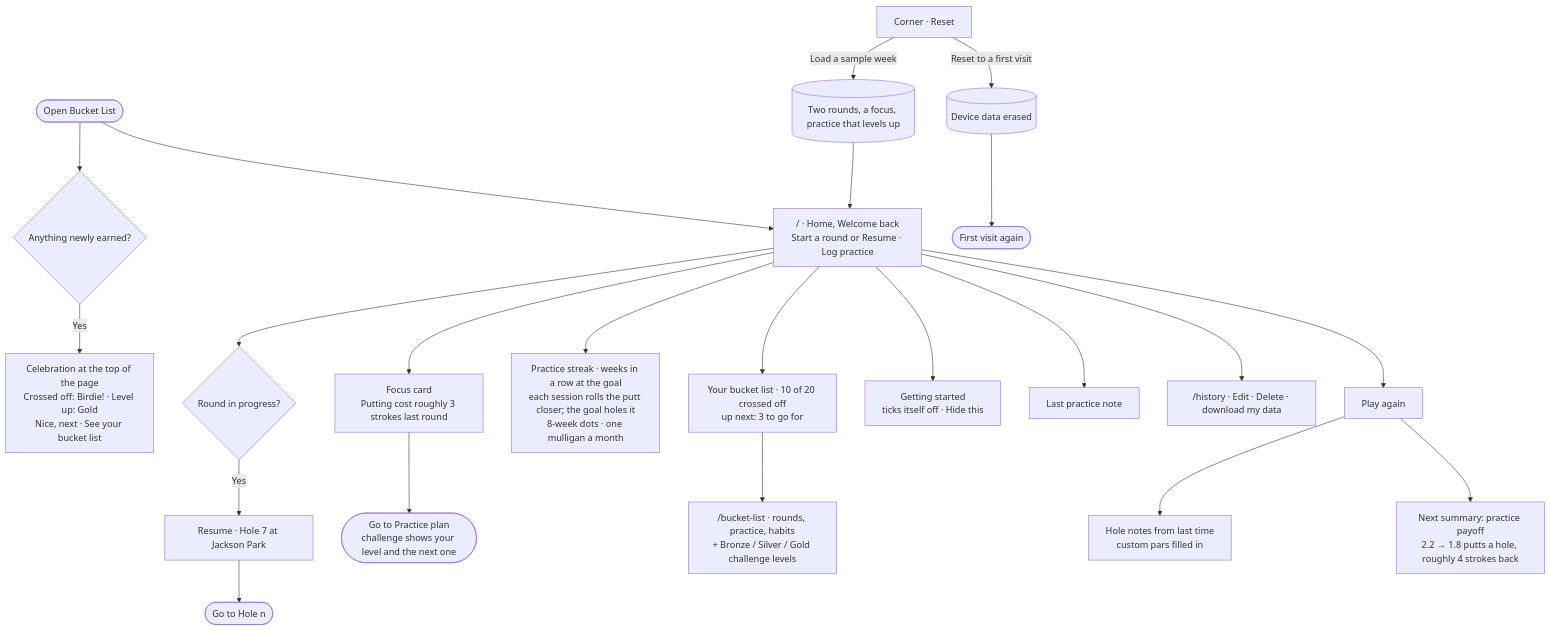
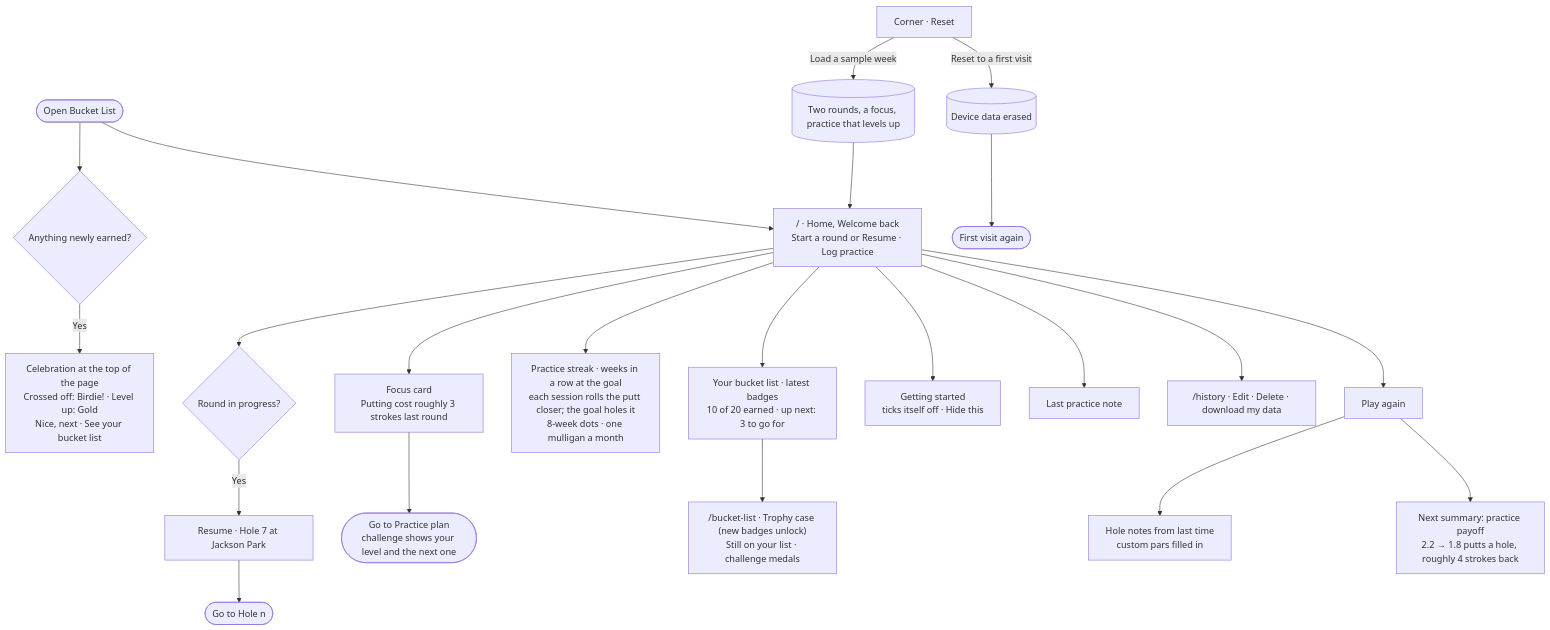
The fifth of 5 diagrams in README.md (apham799/DesignBuildShip_Assignment3), drawn with Mermaid before and after one commit. The commit also changed 8 other files, not shown here.

First line of the commit message:
Bucket list badges, unlock animations, and a trophy case

````diff
--- a/README.md
+++ b/README.md
@@ -125,25 +125,25 @@
 ```mermaid
 flowchart TD
   open(["Open Bucket List"]) --> wb["/ · Home, Welcome back<br/>Start a round or Resume · Log practice"]
   new{"Anything newly earned?"} -- "Yes" --> party["Celebration at the top of the page<br/>Crossed off: Birdie! · Level up: Gold<br/>Nice, next · See your bucket list"]
   open --> new
   wb --> inprog{"Round in progress?"}
   inprog -- "Yes" --> resume["Resume · Hole 7 at Jackson Park"]
   resume --> hole(["Go to Hole n"])
   wb --> focus["Focus card<br/>Putting cost roughly 3 strokes last round"]
   focus --> plan(["Go to Practice plan<br/>challenge shows your level and the next one"])
   wb --> streakc["Practice streak · weeks in a row at the goal<br/>each session rolls the putt closer; the goal holes it<br/>8-week dots · one mulligan a month"]
-  wb --> bucket["Your bucket list · 10 of 20 crossed off<br/>up next: 3 to go for"]
-  bucket --> list["/bucket-list · rounds, practice, habits<br/>+ Bronze / Silver / Gold challenge levels"]
+  wb --> bucket["Your bucket list · latest badges<br/>10 of 20 earned · up next: 3 to go for"]
+  bucket --> list["/bucket-list · Trophy case (new badges unlock)<br/>Still on your list · challenge medals"]
   wb --> checklist["Getting started<br/>ticks itself off · Hide this"]
   wb --> note["Last practice note"]
   wb --> hist["/history · Edit · Delete · download my data"]
   wb --> again["Play again"]
   again --> notes["Hole notes from last time<br/>custom pars filled in"]
   again --> pay["Next summary: practice payoff<br/>2.2 → 1.8 putts a hole, roughly 4 strokes back"]
 
   menu["Corner · Reset"] -- "Reset to a first visit" --> erase[("Device data erased")]
   erase --> first(["First visit again"])
   menu -- "Load a sample week" --> sample[("Two rounds, a focus, practice that levels up")]
   sample --> wb
 ```
````
